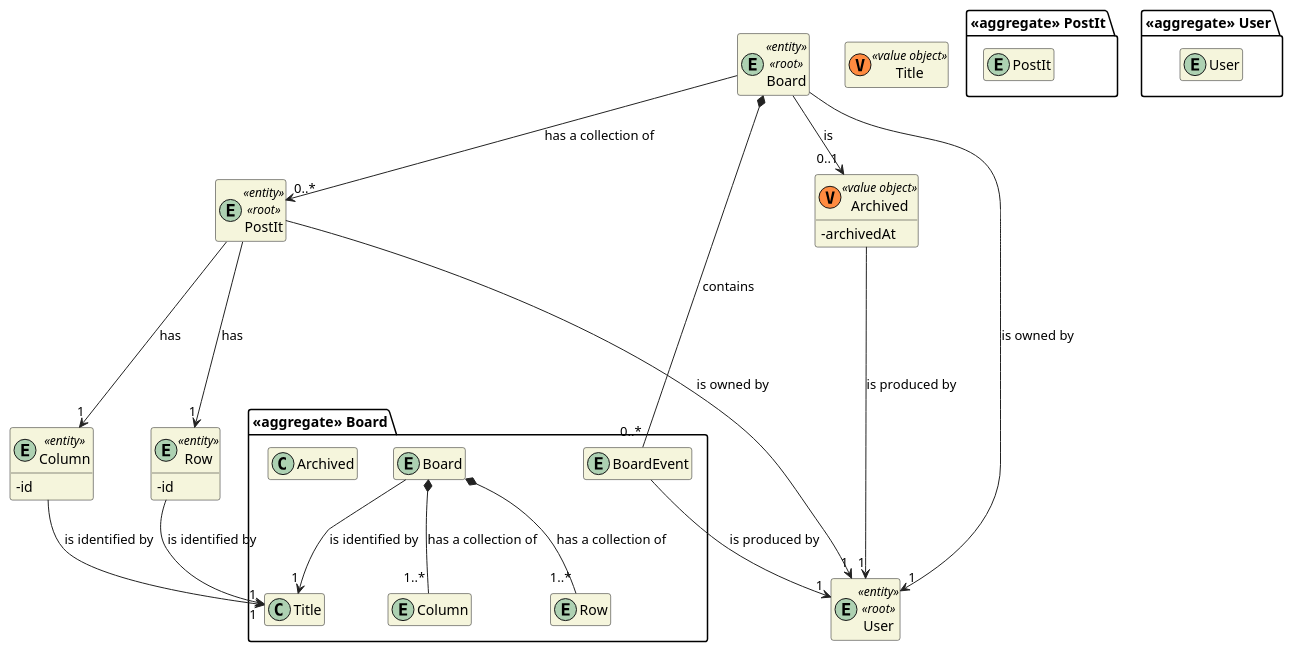
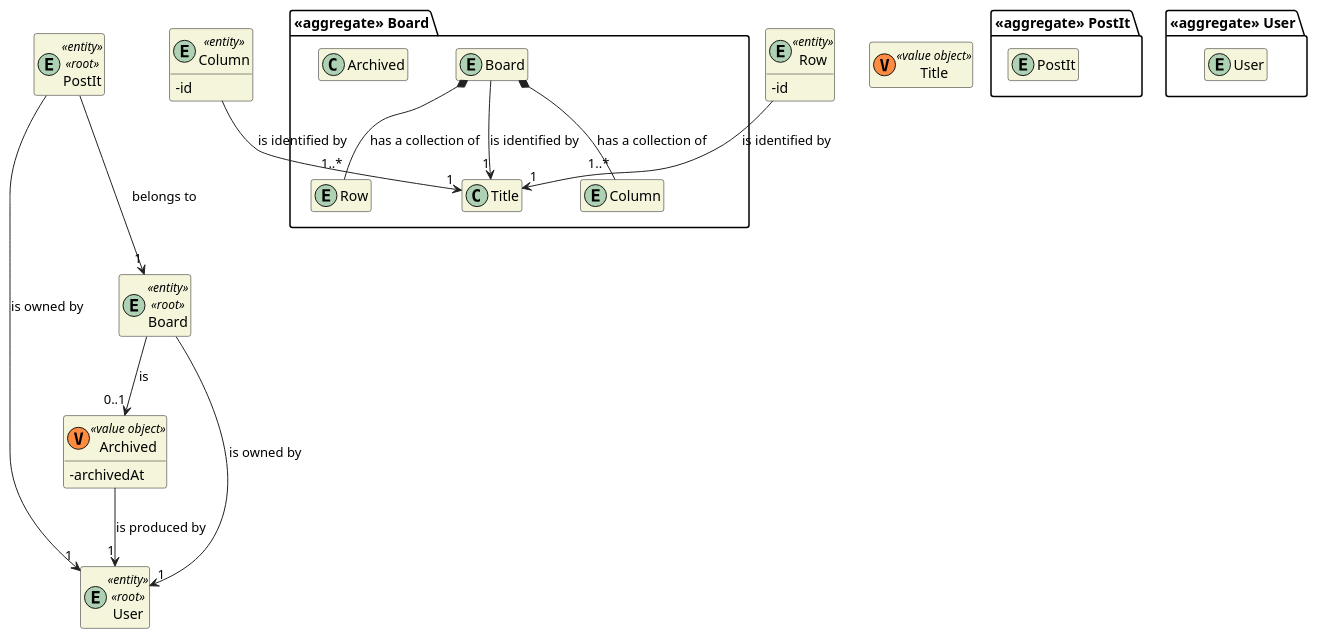
The diagram in docs/DM/DM_Board.puml (miseEnPlace-dev/lapr4), drawn with PlantUML before and after one commit. The commit also changed 7 other files, not shown here.

```diff
--- a/docs/DM/DM_Board.puml
+++ b/docs/DM/DM_Board.puml
@@ -1,72 +1,67 @@
 @startuml DM-BOARD
 'https://plantuml.com/class-diagram
 
 skinparam classAttributeIconSize 0
 hide empty attributes
 hide empty methods
 skinparam classBackgroundColor beige
 skinparam ArrowColor #222222
 
 package "<<aggregate>> Board" {
     entity Board
 
     class Title
     entity Column
     entity Row
-    entity BoardEvent
 
     class Archived
 }
 
 package "<<aggregate>> PostIt" {
     entity PostIt
 }
 
 package "<<aggregate>> User" {
     entity User
 }
 
 entity PostIt <<entity>> <<root>> {
 }
 
 entity User <<entity>> <<root>> {
 }
 
 Board --> "1" Title : is identified by
 Board *-- "1..*" Column : has a collection of
 Board *-- "1..*" Row : has a collection of
 
 entity Board <<entity>> <<root>> {
 }
 
 entity Column <<entity>> {
   - id
 }
 
 Column --> "1" Title : is identified by
 
 entity Row <<entity>> {
   - id
 }
 
 Row --> "1" Title : is identified by
 
 class Title <<(V,#FF8B40) value object>> {}
+
 class Archived <<(V,#FF8B40) value object>> {
   - archivedAt
 }
 
-Board *- "0..*" BoardEvent : contains
 Board --> "1" User : is owned by
-Board --> "0..*" PostIt : has a collection of
 Board --> "0..1" Archived : is
 
 Archived --> "1" User : is produced by
 
 PostIt ---> "1" User : is owned by
-PostIt ---> "1" Column : has
-PostIt ---> "1" Row : has
-
-BoardEvent --> "1" User : is produced by
+PostIt ---> "1" Board : belongs to
 
 @enduml
```
